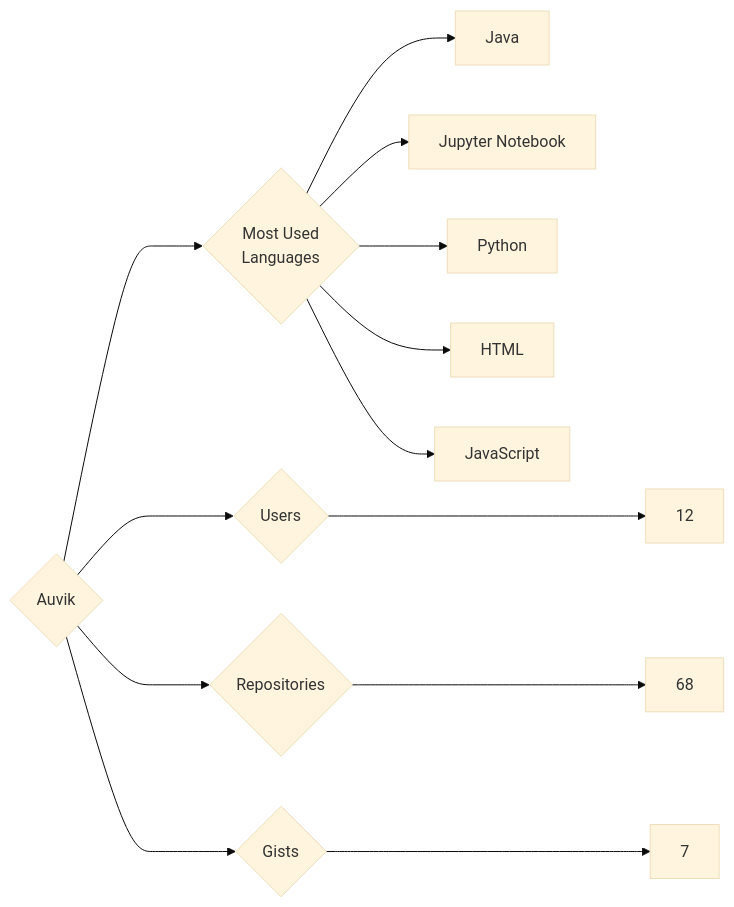
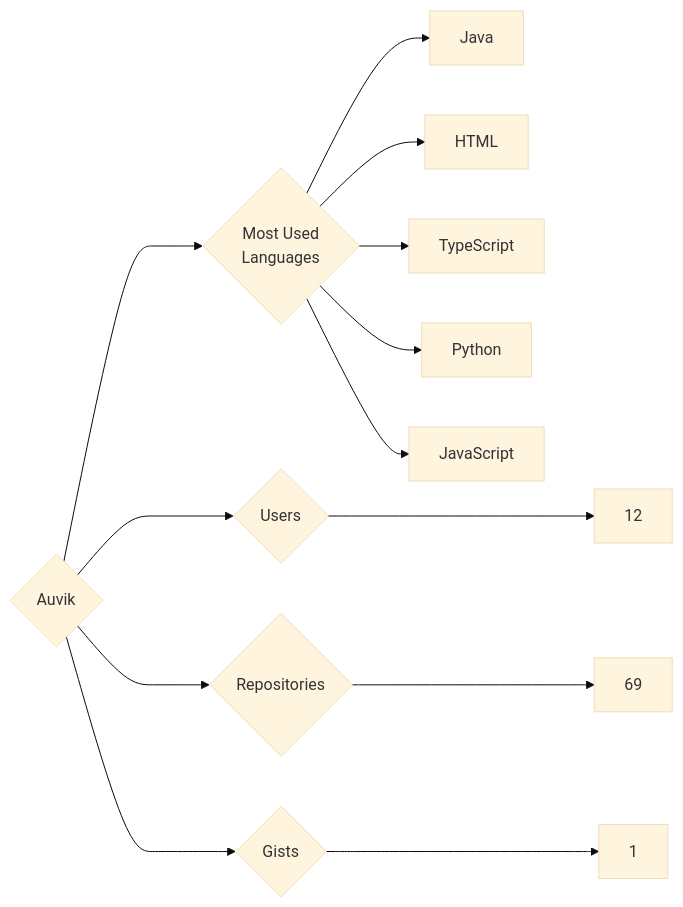
The diagram in targets/Auvik/README.md (trickest/insiders), drawn with Mermaid (base theme) before and after one commit. The commit also changed 888 other files, not shown here.

````diff
--- a/targets/Auvik/README.md
+++ b/targets/Auvik/README.md
@@ -3,13 +3,13 @@
 ```mermaid
 graph LR
 COMPANY_NAME{Auvik}
 COMPANY_NAME ---> U{Users} ---> UN[12]
-COMPANY_NAME ---> R{Repositories} ---> RN[68]
-COMPANY_NAME ---> G{Gists} ---> GN[7]
+COMPANY_NAME ---> R{Repositories} ---> RN[69]
+COMPANY_NAME ---> G{Gists} ---> GN[1]
 COMPANY_NAME ---> ML{Most Used<br>Languages}
 ML --> Java[Java]
-ML --> Jupyter_Notebook[Jupyter Notebook]
+ML --> HTML[HTML]
+ML --> TypeScript[TypeScript]
 ML --> Python[Python]
-ML --> HTML[HTML]
 ML --> JavaScript[JavaScript]
 ```
````
